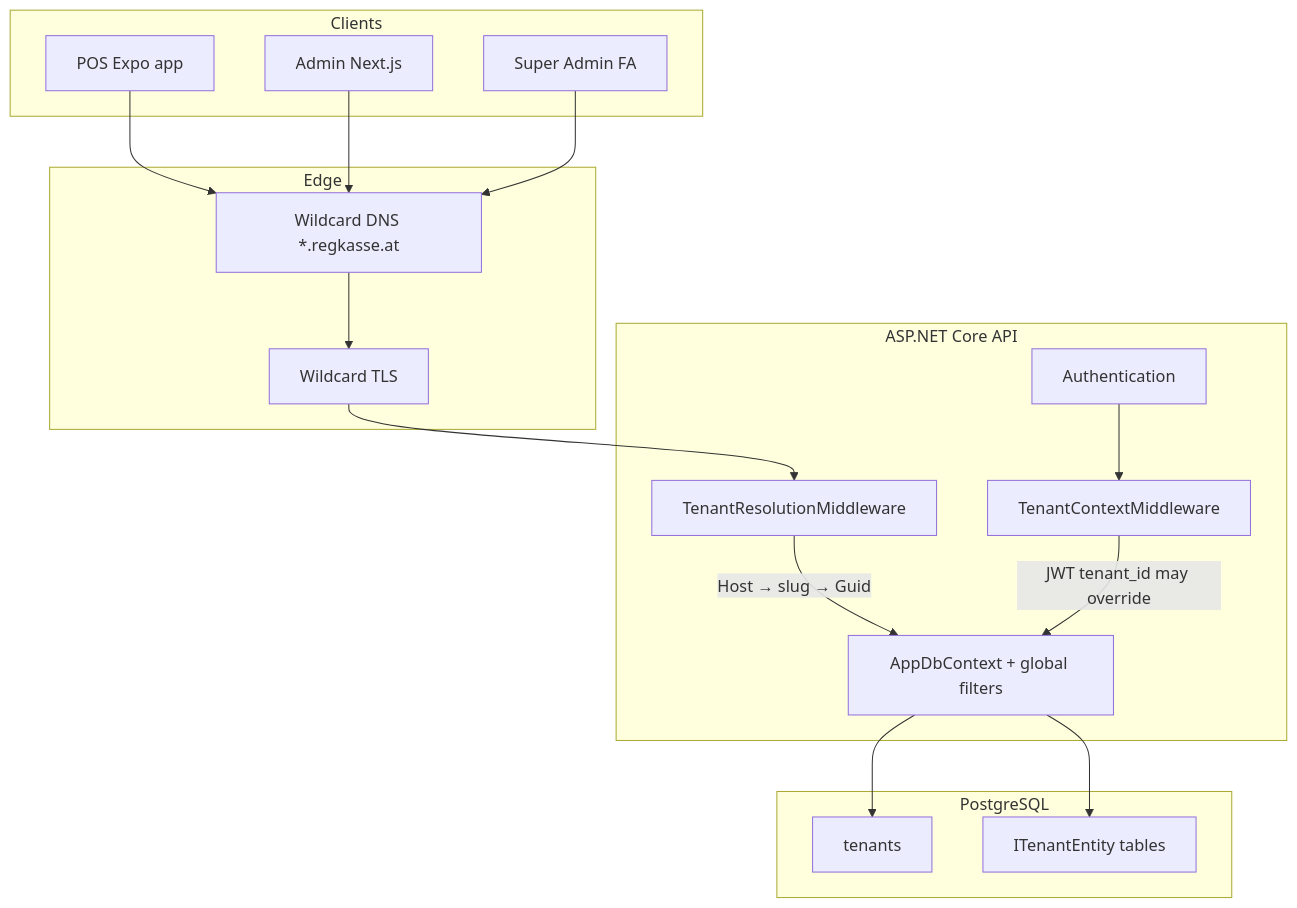
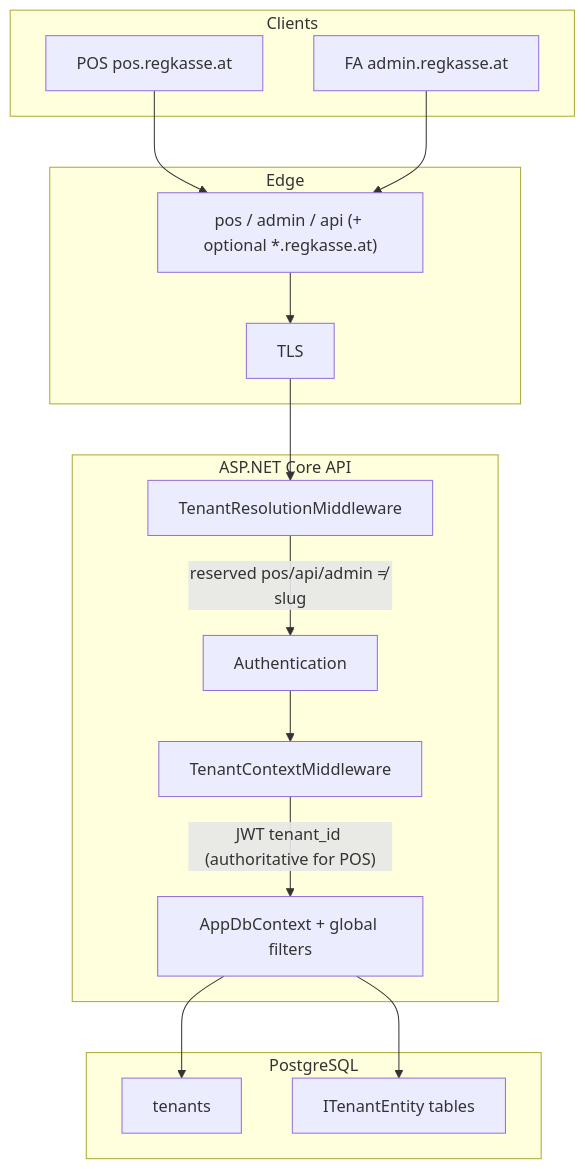
The first of 2 diagrams in docs/MULTI_TENANT.md (Jukingen/Regkasse), drawn with Mermaid before and after one commit. The commit also changed other lines of this file and 103 other files, not shown here.

````diff
--- a/docs/MULTI_TENANT.md
+++ b/docs/MULTI_TENANT.md
@@ -48,35 +52,33 @@
 ```mermaid
 flowchart TB
     subgraph clients [Clients]
-        POS[POS Expo app]
-        FA[Admin Next.js]
-        SA[Super Admin FA]
+        POS["POS pos.regkasse.at"]
+        FA["FA admin.regkasse.at"]
     end
 
     subgraph edge [Edge]
-        DNS["Wildcard DNS *.regkasse.at"]
-        TLS[Wildcard TLS]
+        DNS["pos / admin / api (+ optional *.regkasse.at)"]
+        TLS[TLS]
     end
 
     subgraph api [ASP.NET Core API]
         TRM[TenantResolutionMiddleware]
         AUTH[Authentication]
         TCM[TenantContextMiddleware]
         EF[AppDbContext + global filters]
     end
 
     subgraph db [PostgreSQL]
         TBL_T[tenants]
         TBL_D[ITenantEntity tables]
     end
 
     POS --> DNS
     FA --> DNS
-    SA --> DNS
     DNS --> TLS --> TRM
-    TRM -->|"Host → slug → Guid"| EF
+    TRM -->|"reserved pos/api/admin ≠ slug"| AUTH
     AUTH --> TCM
-    TCM -->|"JWT tenant_id may override"| EF
+    TCM -->|"JWT tenant_id (authoritative for POS)"| EF
     EF --> TBL_T
     EF --> TBL_D
 ```
````
